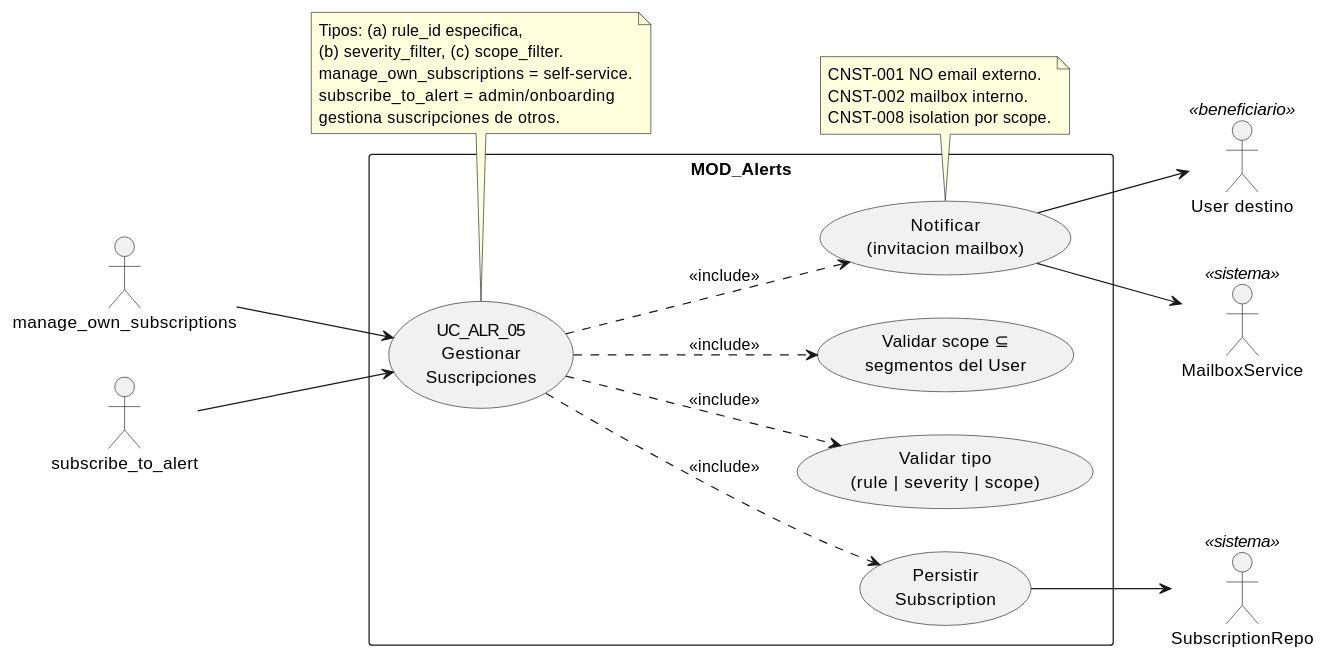
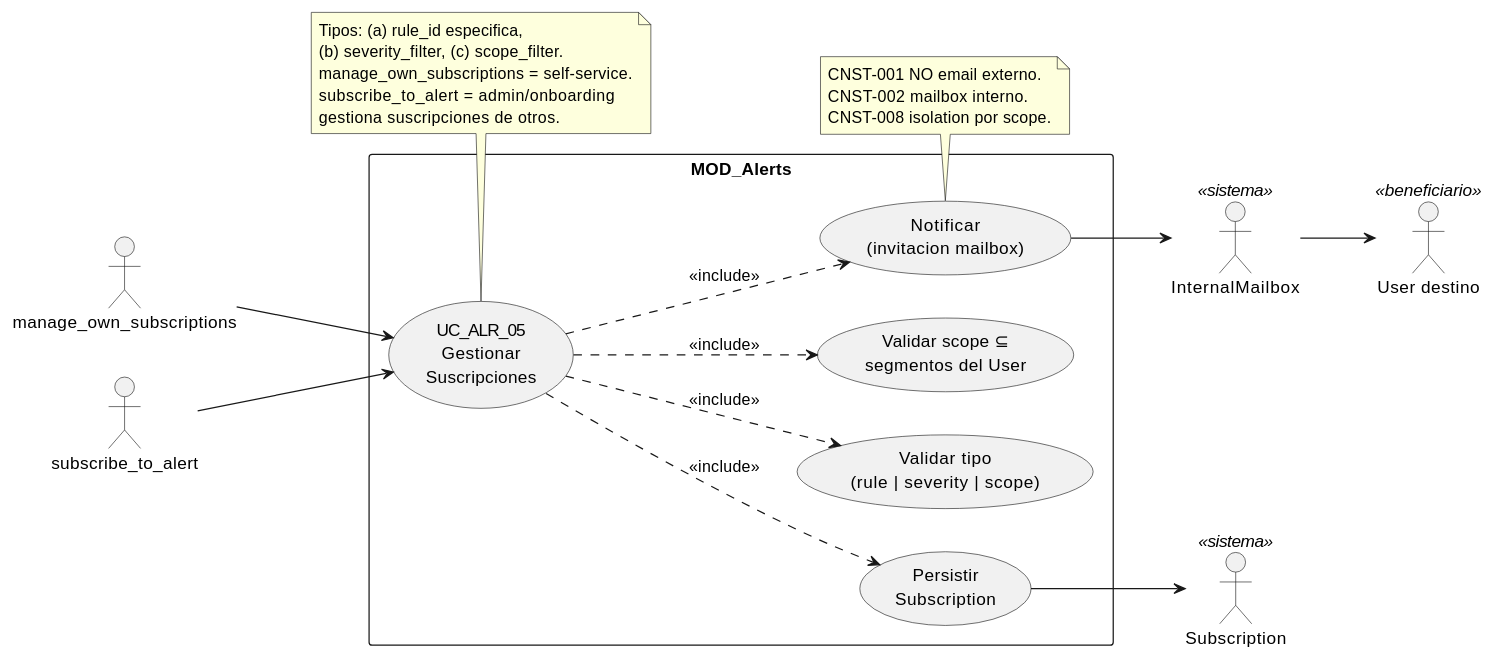
One commit to jcg-admin/IACT-docs changed the diagram in source/requisitos/casos-uso/alerts/uc-alr-05/diagramas-uml/diagrama-de-caso-de-uso.rst. Above: the diagram before and after it, drawn with PlantUML. The commit also changed other lines of this file and 52 other files, not shown here.

```diff
--- a/source/requisitos/casos-uso/alerts/uc-alr-05/diagramas-uml/diagrama-de-caso-de-uso.rst
+++ b/source/requisitos/casos-uso/alerts/uc-alr-05/diagramas-uml/diagrama-de-caso-de-uso.rst
@@ -4,48 +4,48 @@
 .. uml::
  :caption: UC_ALR_05 — actores y casos asociados
 
  @startuml
 
  left to right direction
 
  actor "manage_own_subscriptions" as F_OWN
  actor "subscribe_to_alert" as F_ADMIN
  actor "User destino" as TARGET <<beneficiario>>
- actor "SubscriptionRepo" as REPO <<sistema>>
- actor "MailboxService" as MAILBOX <<sistema>>
+ actor "Subscription" as S <<sistema>>
+ actor "InternalMailbox" as MB <<sistema>>
 
  rectangle "MOD_Alerts" {
    usecase "UC_ALR_05\nGestionar\nSuscripciones" as UC_ALR_05
    usecase "Validar tipo\n(rule | severity | scope)" as VALIDAR_TIPO
    usecase "Validar scope ⊆\nsegmentos del User" as VALIDAR_SCOPE
    usecase "Persistir\nSubscription" as PERSISTIR
    usecase "Notificar\n(invitacion mailbox)" as NOTIFICAR
  }
 
  F_OWN --> UC_ALR_05
  F_ADMIN --> UC_ALR_05
 
  UC_ALR_05 ..> VALIDAR_TIPO : <<include>>
  UC_ALR_05 ..> VALIDAR_SCOPE : <<include>>
  UC_ALR_05 ..> PERSISTIR : <<include>>
  UC_ALR_05 ..> NOTIFICAR : <<include>>
 
- PERSISTIR --> REPO
- NOTIFICAR --> MAILBOX
- NOTIFICAR --> TARGET
+ PERSISTIR --> S
+ NOTIFICAR --> MB
+ MB --> TARGET
 
  note bottom of UC_ALR_05
    Tipos: (a) rule_id especifica,
    (b) severity_filter, (c) scope_filter.
    manage_own_subscriptions = self-service.
    subscribe_to_alert = admin/onboarding
    gestiona suscripciones de otros.
  end note
 
  note bottom of NOTIFICAR
    CNST-001 NO email externo.
    CNST-002 mailbox interno.
    CNST-008 isolation por scope.
  end note
 
  @enduml
```
